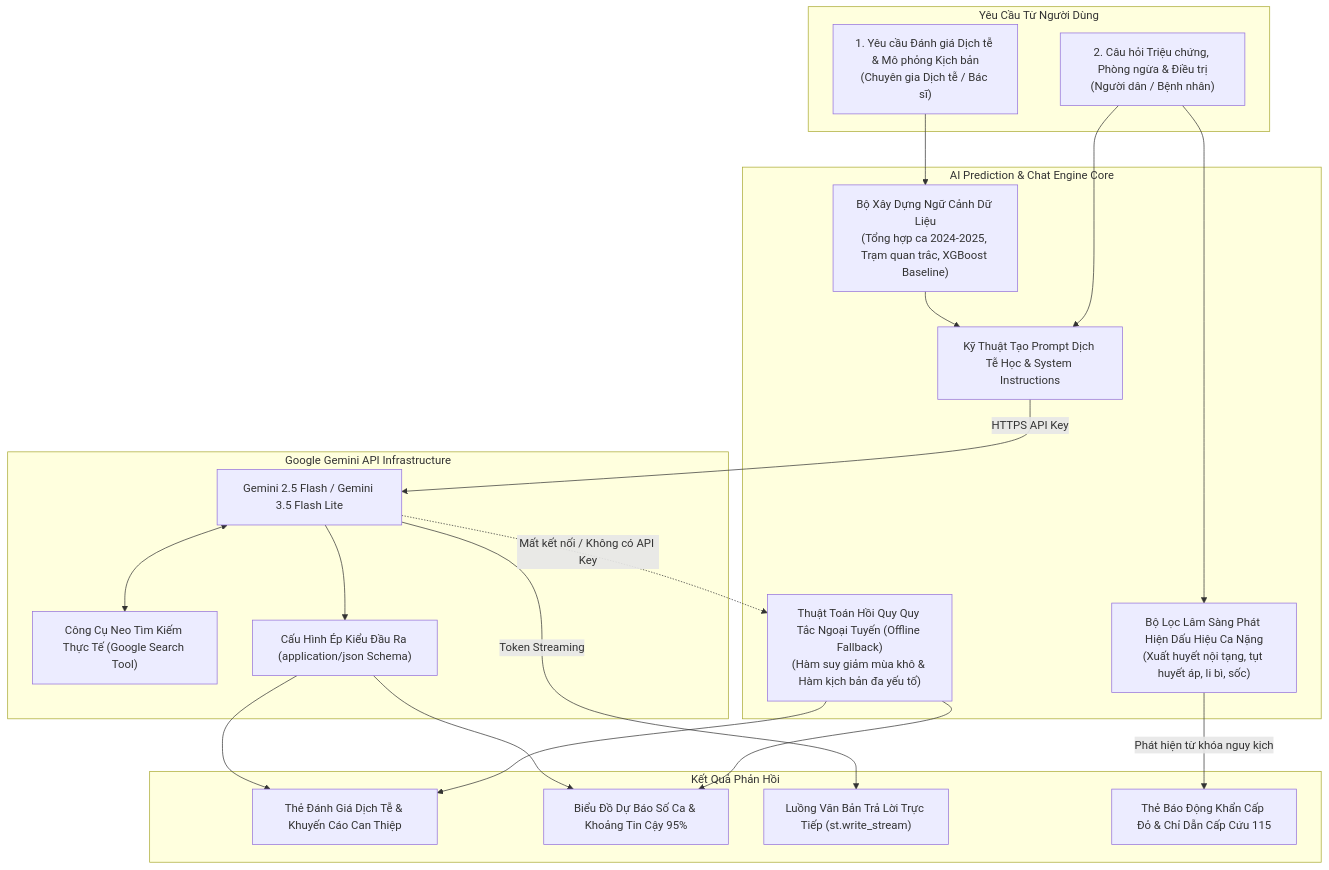
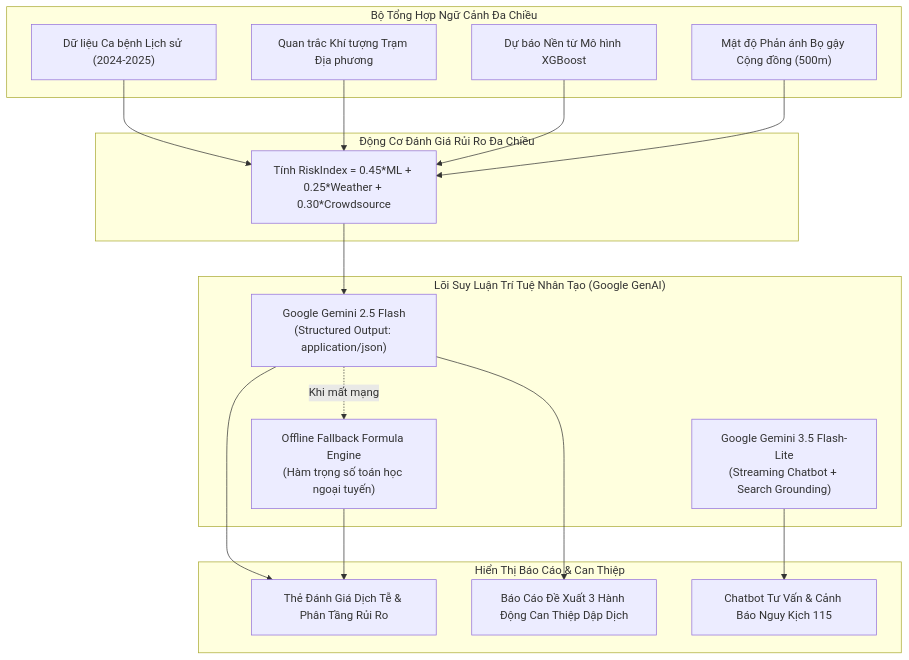
The third of 26 diagrams in README.md (VanderSpeare/dengue-prediction), drawn with Mermaid before and after one commit. The commit also changed other lines of this file and 25 other files, not shown here.

````diff
--- a/README.md
+++ b/README.md
@@ -534,40 +460,31 @@
 ```mermaid
 flowchart TB
-    subgraph ClientRequests ["Yêu Cầu Từ Người Dùng"]
-        REQ_Eval["1. Yêu cầu Đánh giá Dịch tễ & Mô phỏng Kịch bản<br/>(Chuyên gia Dịch tễ / Bác sĩ)"]
-        REQ_Chat["2. Câu hỏi Triệu chứng, Phòng ngừa & Điều trị<br/>(Người dân / Bệnh nhân)"]
+    subgraph Context_Builder ["Bộ Tổng Hợp Ngữ Cảnh Đa Chiều"]
+        CB1["Dữ liệu Ca bệnh Lịch sử (2024-2025)"]
+        CB2["Quan trắc Khí tượng Trạm Địa phương"]
+        CB3["Dự báo Nền từ Mô hình XGBoost"]
+        CB4["Mật độ Phản ánh Bọ gậy Cộng đồng (500m)"]
     end
 
-    subgraph AIServiceCore ["AI Prediction & Chat Engine Core"]
-        CTX_Builder["Bộ Xây Dựng Ngữ Cảnh Dữ Liệu<br/>(Tổng hợp ca 2024-2025, Trạm quan trắc, XGBoost Baseline)"]
-        PROMPT_Eng["Kỹ Thuật Tạo Prompt Dịch Tễ Học & System Instructions"]
-        EMERG_Detector["Bộ Lọc Lâm Sàng Phát Hiện Dấu Hiệu Ca Nặng<br/>(Xuất huyết nội tạng, tụt huyết áp, li bì, sốc)"]
-        OFFLINE_Logic["Thuật Toán Hồi Quy Quy Tắc Ngoại Tuyến (Offline Fallback)<br/>(Hàm suy giảm mùa khô & Hàm kịch bản đa yếu tố)"]
+    subgraph MultiModal_Engine ["Động Cơ Đánh Giá Rủi Ro Đa Chiều"]
+        calc["Tính RiskIndex = 0.45*ML + 0.25*Weather + 0.30*Crowdsource"]
     end
 
-    subgraph GeminiCloud ["Google Gemini API Infrastructure"]
-        GEMINI_Model["Gemini 2.5 Flash / Gemini 3.5 Flash Lite"]
-        SEARCH_Grounding["Công Cụ Neo Tìm Kiếm Thực Tế (Google Search Tool)"]
-        JSON_Mode["Cấu Hình Ép Kiểu Đầu Ra (application/json Schema)"]
+    subgraph AI_Core ["Lõi Suy Luận Trí Tuệ Nhân Tạo (Google GenAI)"]
+        G1["Google Gemini 2.5 Flash<br/>(Structured Output: application/json)"]
+        G2["Google Gemini 3.5 Flash-Lite<br/>(Streaming Chatbot + Search Grounding)"]
+        G3["Offline Fallback Formula Engine<br/>(Hàm trọng số toán học ngoại tuyến)"]
     end
 
-    subgraph UI_Outputs ["Kết Quả Phản Hồi"]
-        RES_Cards["Thẻ Đánh Giá Dịch Tễ & Khuyến Cáo Can Thiệp"]
-        RES_Forecast["Biểu Đồ Dự Báo Số Ca & Khoảng Tin Cậy 95%"]
-        RES_Stream["Luồng Văn Bản Trả Lời Trực Tiếp (st.write_stream)"]
-        RES_Alert["Thẻ Báo Động Khẩn Cấp Đỏ & Chỉ Dẫn Cấp Cứu 115"]
+    subgraph UI_Deliverable ["Hiển Thị Báo Cáo & Can Thiệp"]
+        R1["Thẻ Đánh Giá Dịch Tễ & Phân Tầng Rủi Ro"]
+        R2["Báo Cáo Đề Xuất 3 Hành Động Can Thiệp Dập Dịch"]
+        R3["Chatbot Tư Vấn & Cảnh Báo Nguy Kịch 115"]
     end
 
-    REQ_Eval --> CTX_Builder --> PROMPT_Eng
-    PROMPT_Eng -->|HTTPS API Key| GEMINI_Model
-    GEMINI_Model --> JSON_Mode --> RES_Cards & RES_Forecast
-
-    REQ_Chat --> EMERG_Detector
-    REQ_Chat --> PROMPT_Eng
-    GEMINI_Model <--> SEARCH_Grounding
-    GEMINI_Model -->|Token Streaming| RES_Stream
-    EMERG_Detector -- "Phát hiện từ khóa nguy kịch" --> RES_Alert
-
-    GEMINI_Model -.->|Mất kết nối / Không có API Key| OFFLINE_Logic
-    OFFLINE_Logic --> RES_Cards & RES_Forecast
+    CB1 & CB2 & CB3 & CB4 --> calc --> G1
+    G1 -.->|Khi mất mạng| G3
+    G1 --> R1 & R2
+    G2 --> R3
+    G3 --> R1
 ```
````
